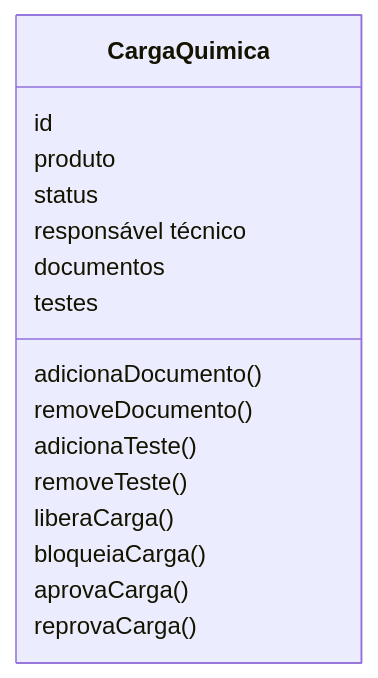
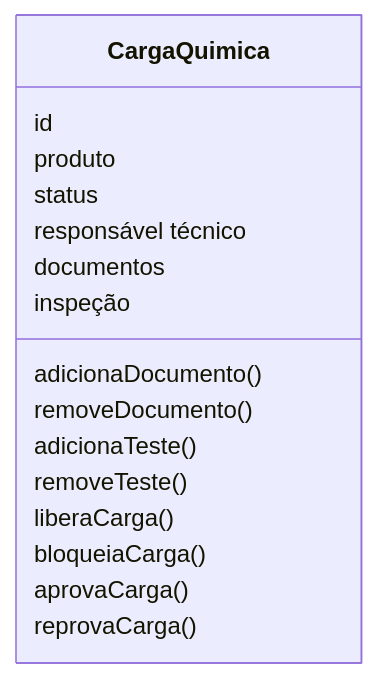
The first of 2 diagrams in docs/cargas-quimicas/02-modelagem-com-ddd.md (TechChallengeFiap/Quimovia), drawn with Mermaid before and after one commit.

Commit message:
docs: altera atributo 'testes' para 'inspeção' na modelagem da carga química

````diff
--- a/docs/cargas-quimicas/02-modelagem-com-ddd.md
+++ b/docs/cargas-quimicas/02-modelagem-com-ddd.md
@@ -15,17 +15,17 @@
 ```mermaid
 classDiagram
         CargaQuimica : id
         CargaQuimica : produto
         CargaQuimica: status
         CargaQuimica: responsável técnico
         CargaQuimica: documentos
-        CargaQuimica: testes
+        CargaQuimica: inspeção
         CargaQuimica: adicionaDocumento()
         CargaQuimica: removeDocumento()
         CargaQuimica: adicionaTeste()
         CargaQuimica: removeTeste()
         CargaQuimica: liberaCarga()
         CargaQuimica: bloqueiaCarga()
         CargaQuimica: aprovaCarga()
         CargaQuimica: reprovaCarga()
 ```
````
